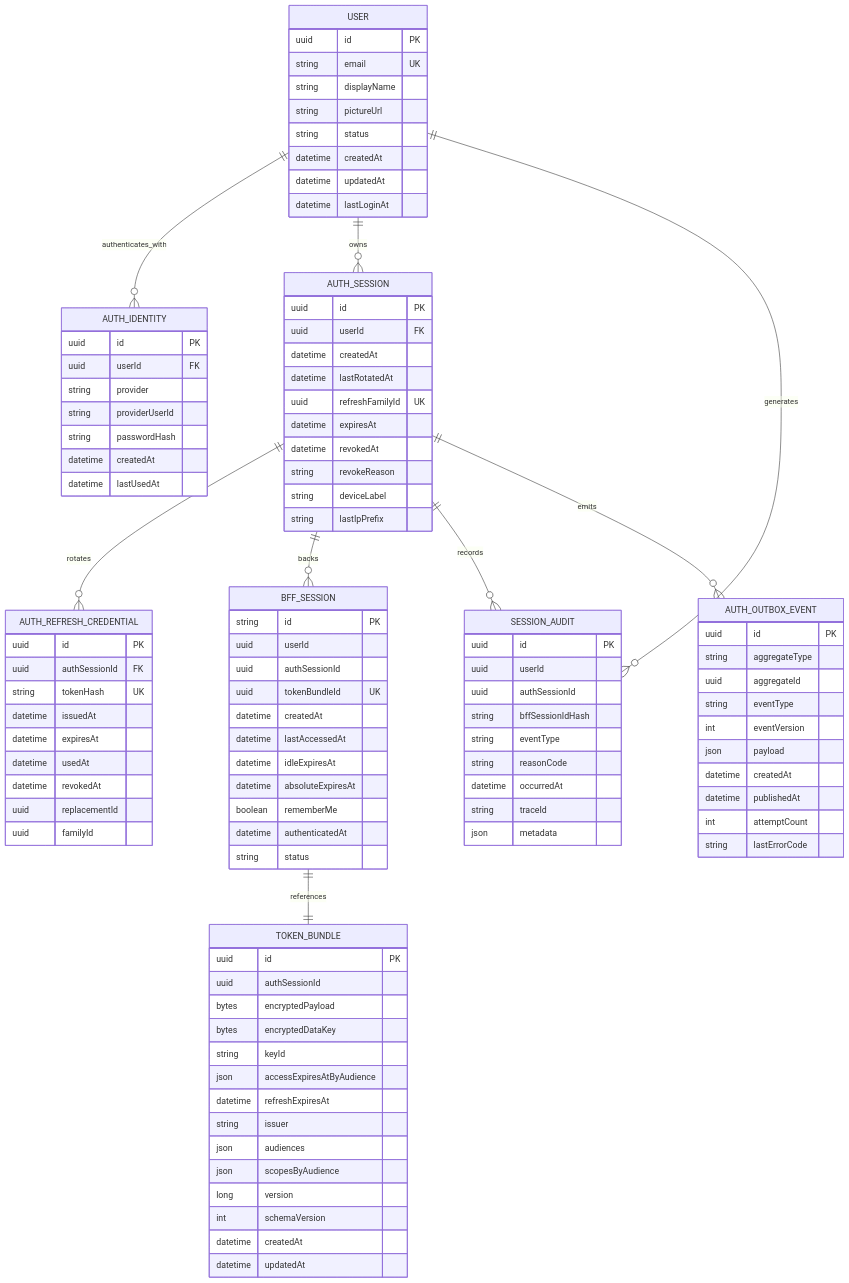
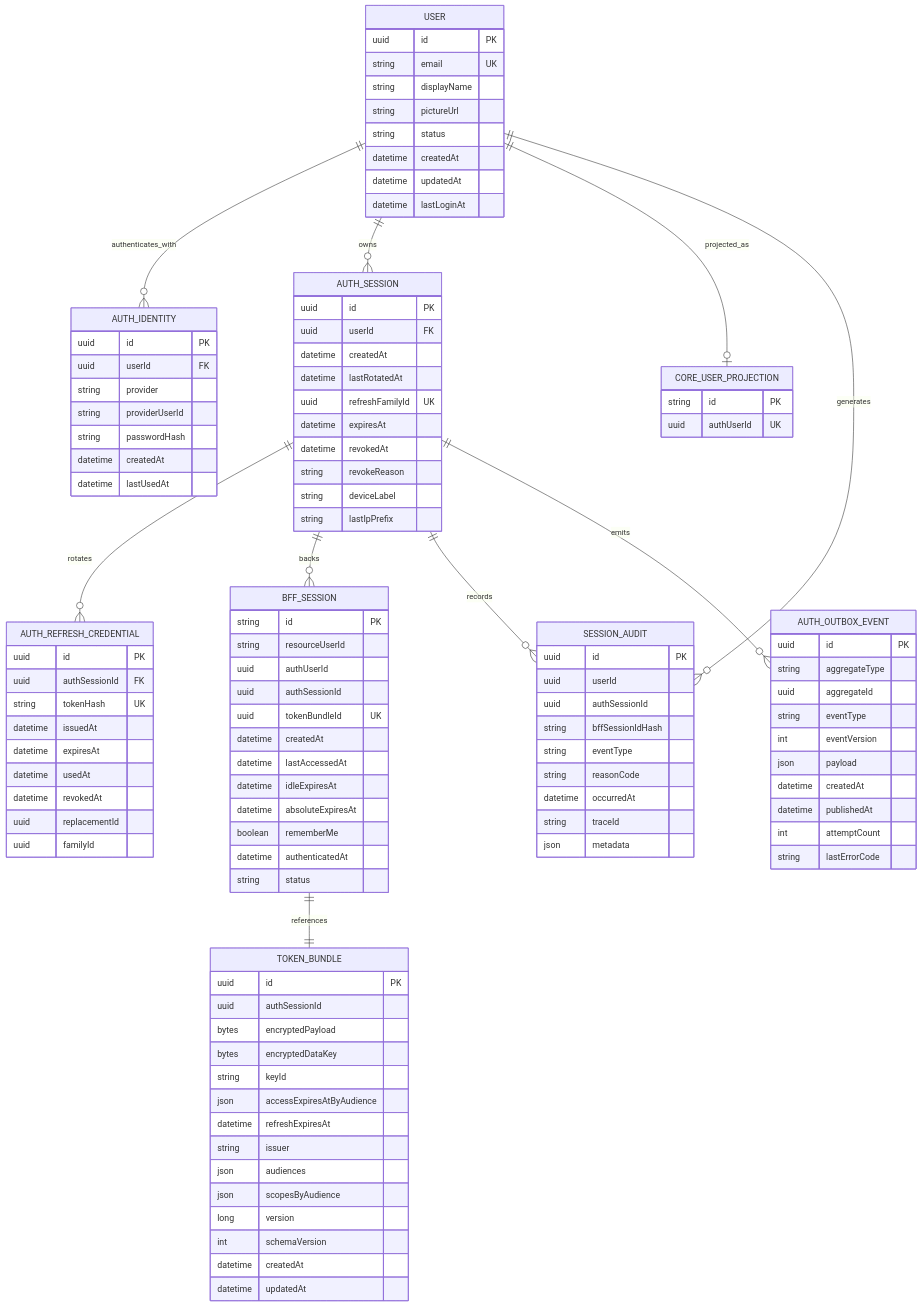
Before and after one commit to Meeting-Mind/MeetingMind: the first of 2 diagrams in specs/002-bff-auth-msa/erd.md, drawn with Mermaid. The commit also changed other lines of this file and 98 other files, not shown here.

```diff
--- a/specs/002-bff-auth-msa/erd.md
+++ b/specs/002-bff-auth-msa/erd.md
@@ -6,6 +6,7 @@
 erDiagram
   USER ||--o{ AUTH_IDENTITY : authenticates_with
   USER ||--o{ AUTH_SESSION : owns
+  USER ||--o| CORE_USER_PROJECTION : projected_as
   AUTH_SESSION ||--o{ AUTH_REFRESH_CREDENTIAL : rotates
   AUTH_SESSION ||--o{ BFF_SESSION : backs
   BFF_SESSION ||--|| TOKEN_BUNDLE : references
@@ -32,6 +33,11 @@
     string passwordHash
     datetime createdAt
     datetime lastUsedAt
+  }
+
+  CORE_USER_PROJECTION {
+    string id PK
+    uuid authUserId UK
   }
 
   AUTH_SESSION {
@@ -61,7 +67,8 @@
 
   BFF_SESSION {
     string id PK
-    uuid userId
+    string resourceUserId
+    uuid authUserId
     uuid authSessionId
     uuid tokenBundleId UK
     datetime createdAt
```
